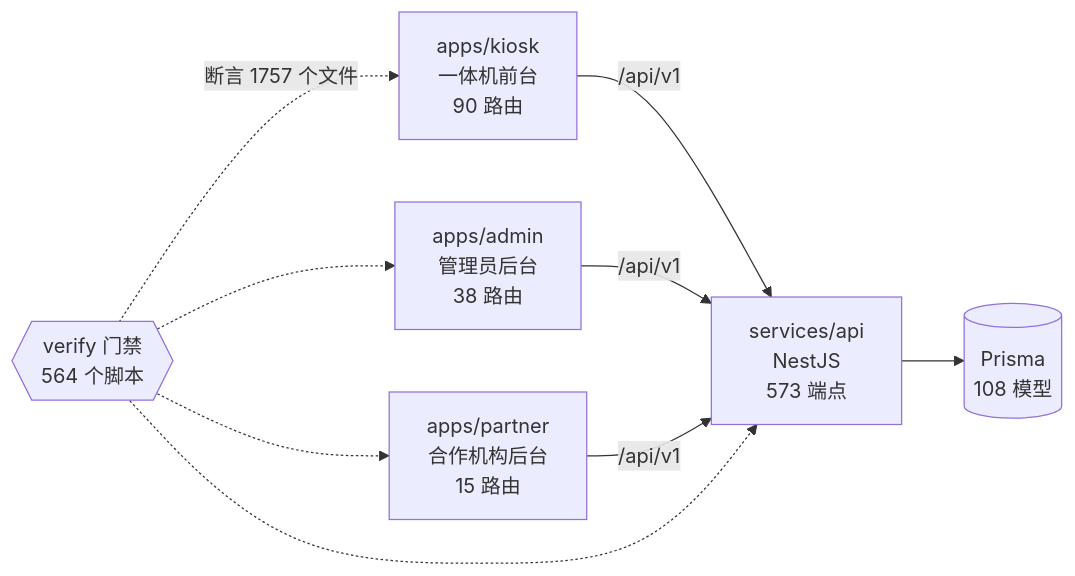
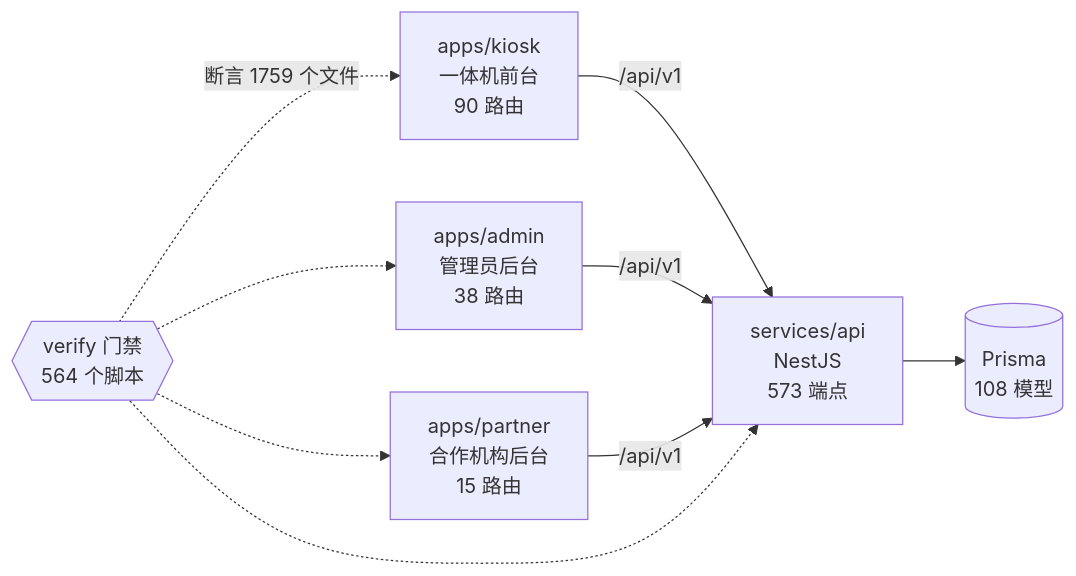
The diagram in docs/graph/README.md (wanglei581/YITIJI), drawn with Mermaid before and after one commit. The commit also changed other lines of this file and 3 other files, not shown here.

Commit message:
chore(graph): 第 3 批新文件入库后重生项目图谱

````diff
--- a/docs/graph/README.md
+++ b/docs/graph/README.md
@@ -68,18 +68,18 @@
 ```mermaid
 flowchart LR
   kiosk["apps/kiosk<br/>一体机前台<br/>90 路由"]
   admin["apps/admin<br/>管理员后台<br/>38 路由"]
   partner["apps/partner<br/>合作机构后台<br/>15 路由"]
   api["services/api<br/>NestJS<br/>573 端点"]
   db[("Prisma<br/>108 模型")]
   gates{{"verify 门禁<br/>564 个脚本"}}
 
   kiosk -->|"/api/v1"| api
   admin -->|"/api/v1"| api
   partner -->|"/api/v1"| api
   api --> db
-  gates -.->|"断言 1757 个文件"| kiosk
+  gates -.->|"断言 1759 个文件"| kiosk
   gates -.-> admin
   gates -.-> partner
   gates -.-> api
 ```
````
